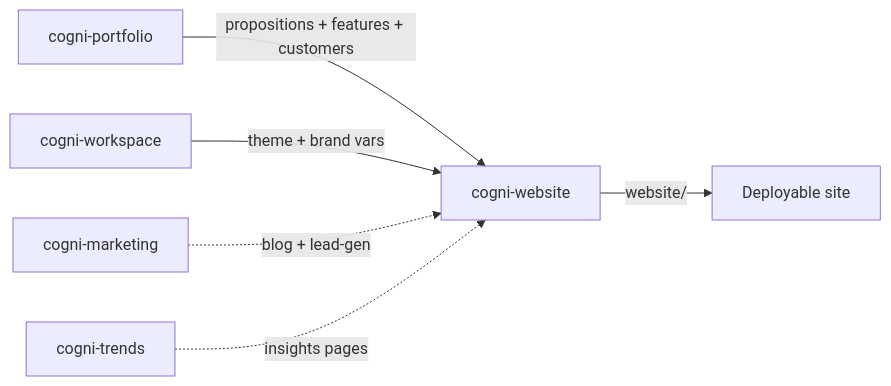
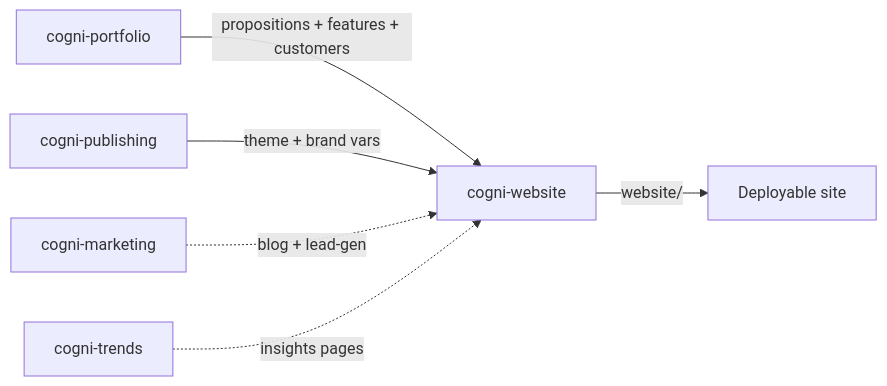
One commit to cogni-work/insight-wave changed the diagram in docs/workflows/portfolio-to-website.md. Above: the diagram before and after it, drawn with Mermaid. The commit also changed other lines of this file and 2 other files, not shown here.

````diff
--- a/docs/workflows/portfolio-to-website.md
+++ b/docs/workflows/portfolio-to-website.md
@@ -7,8 +7,8 @@
 ```mermaid
 graph LR
     A[cogni-portfolio] -->|propositions + features + customers| B[cogni-website]
-    T[cogni-workspace] -->|theme + brand vars| B
+    T[cogni-publishing] -->|theme + brand vars| B
     M[cogni-marketing] -.->|blog + lead-gen| B
     R[cogni-trends] -.->|insights pages| B
     B -->|website/| D[Deployable site]
 ```
````
